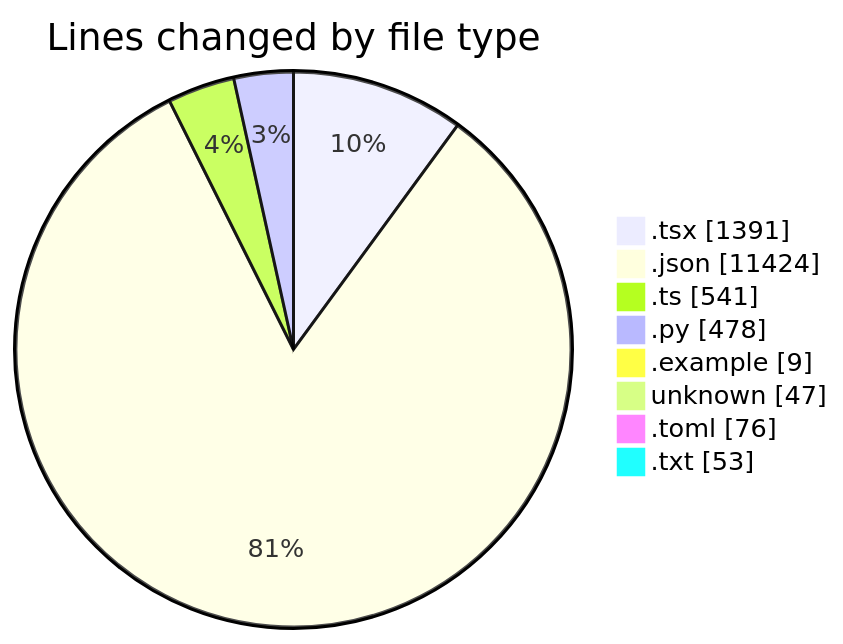
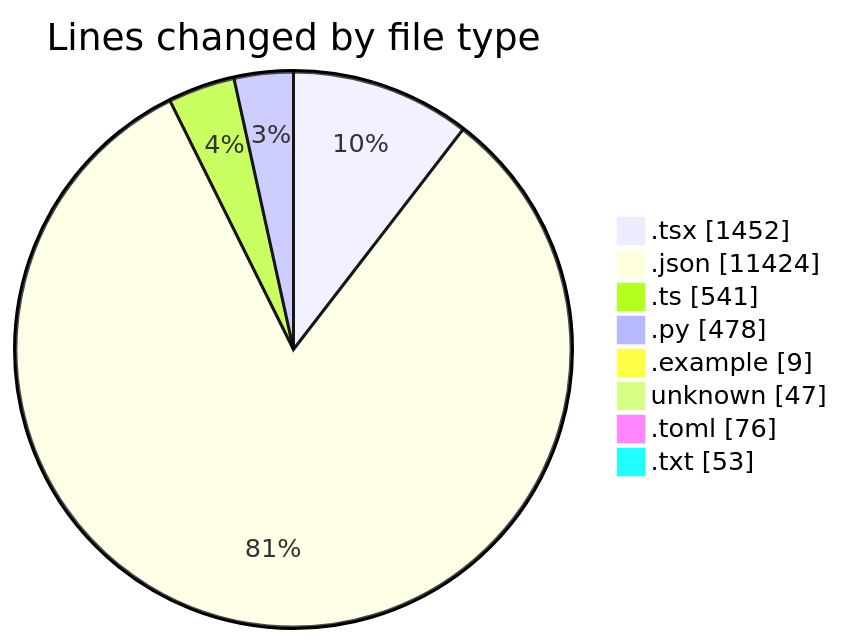
One commit to Elitesun/code-tracking changed the first of 2 diagrams in 2025-04-30/niten/README.md. Above: the diagram before and after it, drawn with Mermaid. The commit also changed other lines of this file and 1 other file, not shown here.

````diff
--- a/2025-04-30/niten/README.md
+++ b/2025-04-30/niten/README.md
@@ -65,12 +65,12 @@
 ```mermaid
 pie showData
 title Lines changed by file type
-".tsx" : 1391
+".tsx" : 1452
 ".json" : 11424
 ".ts" : 541
 ".py" : 478
 ".example" : 9
 "unknown" : 47
 ".toml" : 76
 ".txt" : 53
 ```
````
